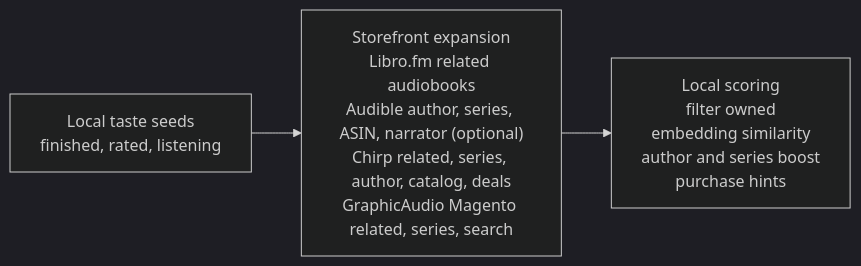
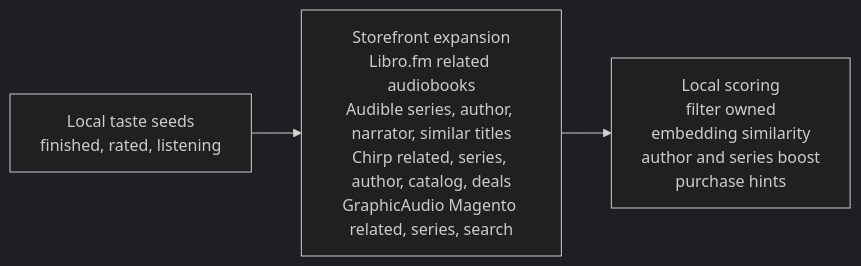
The diagram in internals/discovery.md (Bookclerk/bookclerk-docs), drawn with Mermaid (dark theme) before and after one commit. The commit also changed other lines of this file and 8 other files, not shown here.

````diff
--- a/internals/discovery.md
+++ b/internals/discovery.md
@@ -26,5 +26,5 @@
 ```mermaid
 flowchart LR
-  Seeds["Local taste seeds<br/>finished, rated, listening"] --> Expand["Storefront expansion<br/>Libro.fm related audiobooks<br/>Audible author, series, ASIN, narrator (optional)<br/>Chirp related, series, author, catalog, deals<br/>GraphicAudio Magento related, series, search"]
+  Seeds["Local taste seeds<br/>finished, rated, listening"] --> Expand["Storefront expansion<br/>Libro.fm related audiobooks<br/>Audible series, author, narrator, similar titles<br/>Chirp related, series, author, catalog, deals<br/>GraphicAudio Magento related, series, search"]
   Expand --> Score["Local scoring<br/>filter owned<br/>embedding similarity<br/>author and series boost<br/>purchase hints"]
 ```
````
